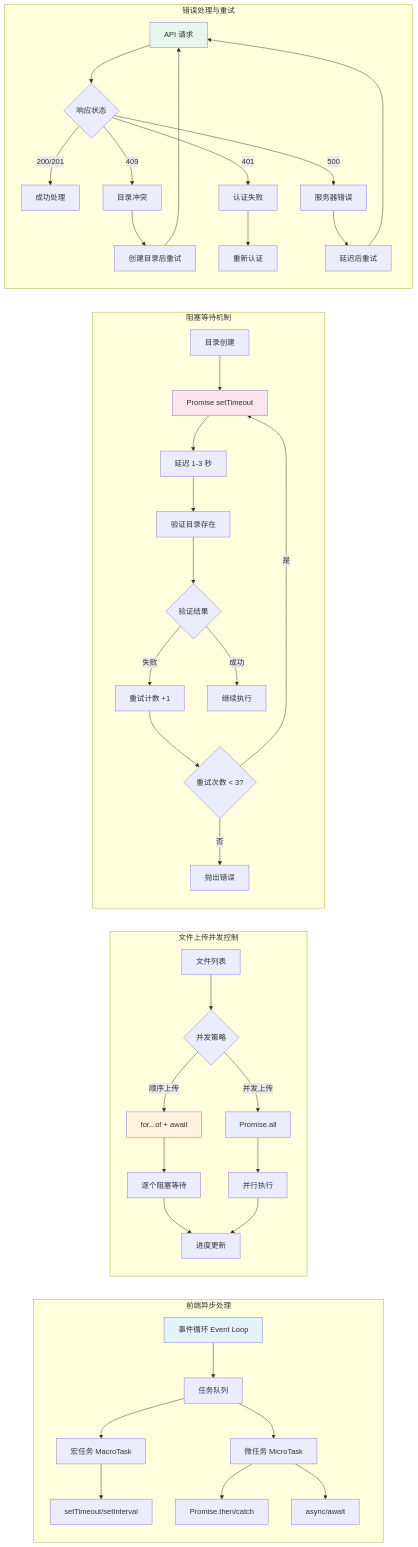
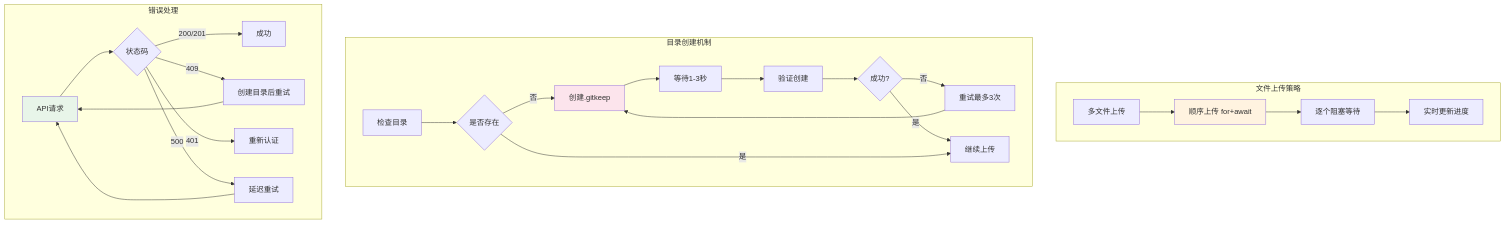
One commit to hoochanlon/picx-images-hosting changed the third of 4 diagrams in docs/architecture-flow.md. Above: the diagram before and after it, drawn with Mermaid. The commit also changed other lines of this file and 3 other files, not shown here.

````diff
--- a/docs/architecture-flow.md
+++ b/docs/architecture-flow.md
@@ -181,51 +105,34 @@
 ```mermaid
-graph LR
-    subgraph "前端异步处理"
-        A1[事件循环 Event Loop] --> A2[任务队列]
-        A2 --> A3[宏任务 MacroTask]
-        A2 --> A4[微任务 MicroTask]
-        A3 --> A5[setTimeout/setInterval]
-        A4 --> A6[Promise.then/catch]
-        A4 --> A7[async/await]
+flowchart TB
+    subgraph "文件上传策略"
+        A1[多文件上传] --> A2[顺序上传 for+await]
+        A2 --> A3[逐个阻塞等待]
+        A3 --> A4[实时更新进度]
     end
     
-    subgraph "文件上传并发控制"
-        B1[文件列表] --> B2{并发策略}
-        B2 -->|顺序上传| B3[for...of + await]
-        B2 -->|并发上传| B4[Promise.all]
-        B3 --> B5[逐个阻塞等待]
-        B4 --> B6[并行执行]
-        B5 --> B7[进度更新]
-        B6 --> B7
+    subgraph "目录创建机制"
+        B1[检查目录] --> B2{是否存在}
+        B2 -->|否| B3[创建.gitkeep]
+        B3 --> B4[等待1-3秒]
+        B4 --> B5[验证创建]
+        B5 --> B6{成功?}
+        B6 -->|否| B7[重试最多3次]
+        B7 --> B3
+        B6 -->|是| B8[继续上传]
+        B2 -->|是| B8
     end
     
-    subgraph "阻塞等待机制"
-        C1[目录创建] --> C2[Promise setTimeout]
-        C2 --> C3[延迟 1-3 秒]
-        C3 --> C4[验证目录存在]
-        C4 --> C5{验证结果}
-        C5 -->|失败| C6[重试计数 +1]
-        C6 --> C7{重试次数 < 3?}
-        C7 -->|是| C2
-        C7 -->|否| C8[抛出错误]
-        C5 -->|成功| C9[继续执行]
+    subgraph "错误处理"
+        C1[API请求] --> C2{状态码}
+        C2 -->|200/201| C3[成功]
+        C2 -->|409| C4[创建目录后重试]
+        C2 -->|401| C5[重新认证]
+        C2 -->|500| C6[延迟重试]
+        C4 --> C1
+        C6 --> C1
     end
     
-    subgraph "错误处理与重试"
-        D1[API 请求] --> D2{响应状态}
-        D2 -->|200/201| D3[成功处理]
-        D2 -->|409| D4[目录冲突]
-        D2 -->|401| D5[认证失败]
-        D2 -->|500| D6[服务器错误]
-        D4 --> D7[创建目录后重试]
-        D5 --> D8[重新认证]
-        D6 --> D9[延迟后重试]
-        D7 --> D1
-        D9 --> D1
-    end
-    
-    style A1 fill:#e3f2fd
-    style B3 fill:#fff3e0
-    style C2 fill:#fce4ec
-    style D1 fill:#e8f5e9
+    style A2 fill:#fff3e0
+    style B3 fill:#fce4ec
+    style C1 fill:#e8f5e9
 ```
````
